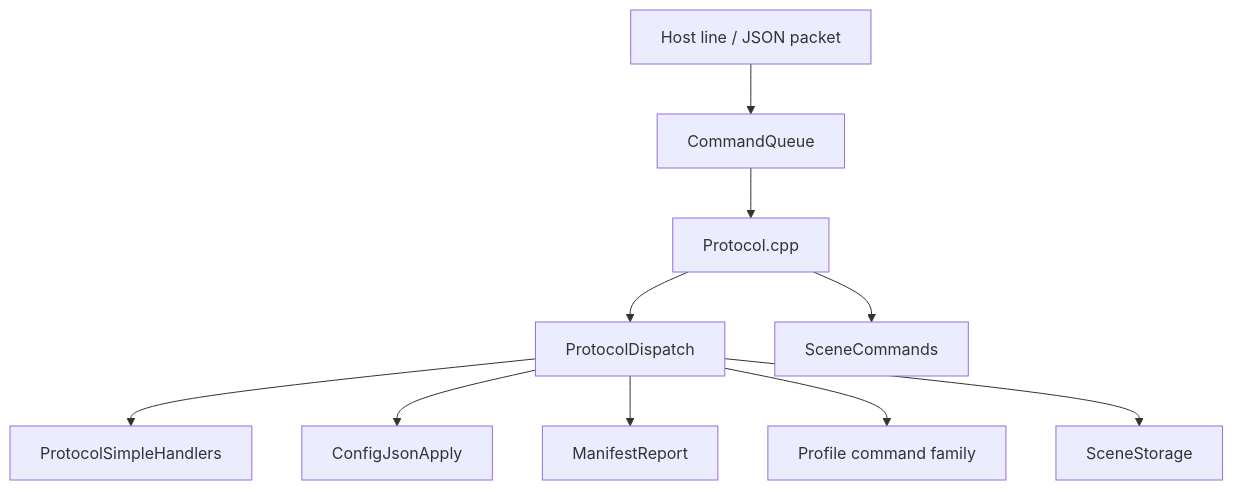
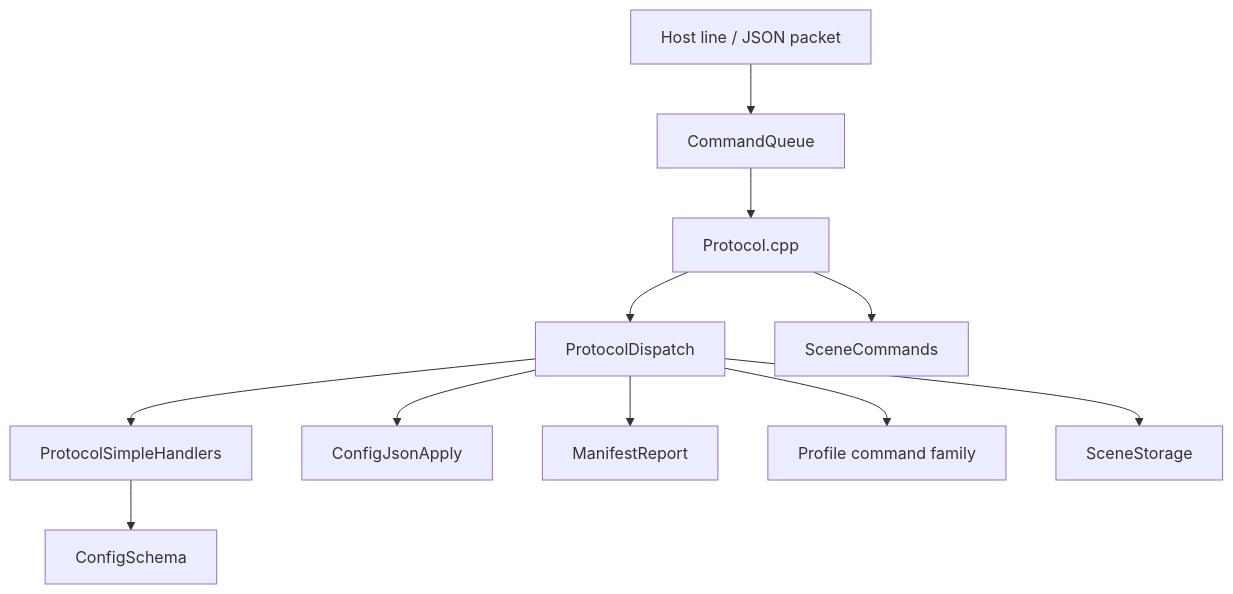
One commit to bseverns/MOARkNOBS-42 changed the diagram in docs/firmware/ProtocolStackReadingPath.md. Above: the diagram before and after it, drawn with Mermaid. The commit also changed other lines of this file and 22 other files, not shown here.

Commit message:
schema extraction

````diff
--- a/docs/firmware/ProtocolStackReadingPath.md
+++ b/docs/firmware/ProtocolStackReadingPath.md
@@ -47,12 +47,13 @@
 ```mermaid
 flowchart TD
   Host[Host line / JSON packet] --> Queue[CommandQueue]
   Queue --> Protocol[Protocol.cpp]
   Protocol --> Dispatch[ProtocolDispatch]
   Protocol --> SceneJson[SceneCommands]
   Dispatch --> Simple[ProtocolSimpleHandlers]
+  Simple --> Schema[ConfigSchema]
   Dispatch --> Bulk[ConfigJsonApply]
   Dispatch --> Manifest[ManifestReport]
   Dispatch --> Profile[Profile command family]
   Dispatch --> Scenes[SceneStorage]
 ```
````
